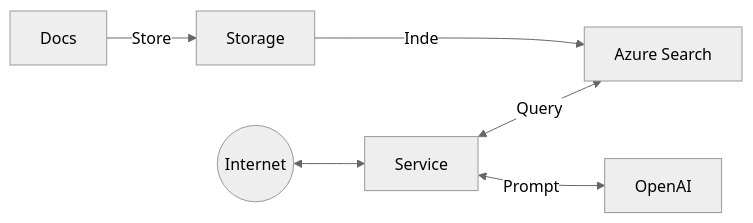
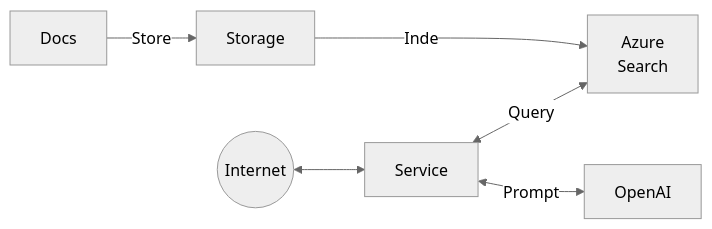
The fifth of 5 diagrams in README.md (msalemor/llm-use-cases), drawn with Mermaid (neutral theme) before and after one commit.

````diff
--- a/README.md
+++ b/README.md
@@ -109,8 +109,8 @@
 ```mermaid
 flowchart LR
   I((Internet))<-->S[Service]
-  S<--Query-->AS[Azure Search]
+  S<--Query-->AS[Azure<br/>Search]
   ST[Storage]--Index-->AS
   S<--Prompt-->O[OpenAI]
   D[Docs]--Store-->ST
 ```
````
